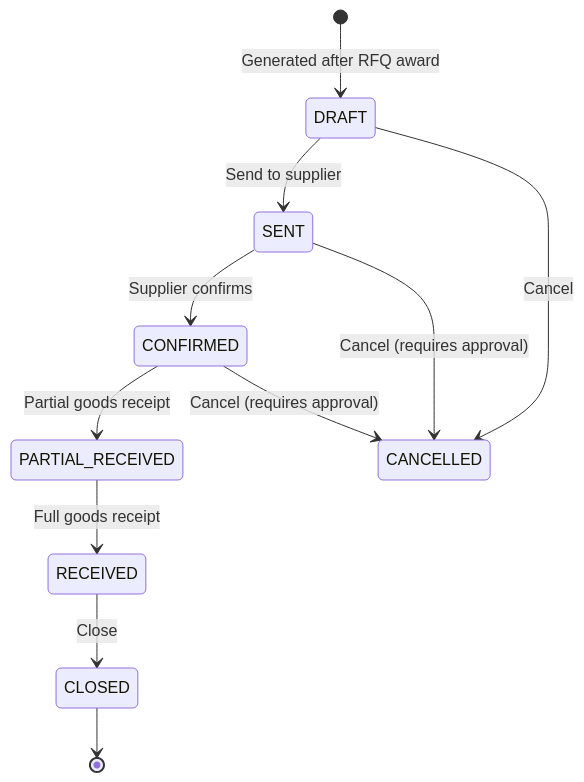
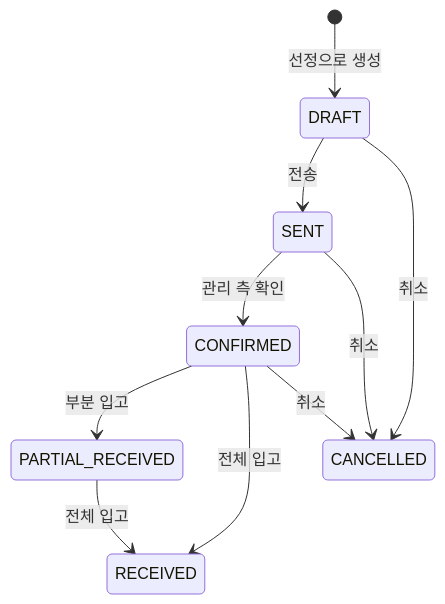
Before and after one commit to wang-baohai/Omni-Stack: the sixth of 7 diagrams in docs/design/procurement-design.kr.md, drawn with Mermaid. The commit also changed other lines of this file and 1095 other files, not shown here.

````diff
--- a/docs/design/procurement-design.kr.md
+++ b/docs/design/procurement-design.kr.md
@@ -318,13 +319,12 @@
 ```mermaid
 stateDiagram-v2
-    [*] --> DRAFT: Generated after RFQ award
-    DRAFT --> SENT: Send to supplier
-    SENT --> CONFIRMED: Supplier confirms
-    CONFIRMED --> PARTIAL_RECEIVED: Partial goods receipt
-    PARTIAL_RECEIVED --> RECEIVED: Full goods receipt
-    RECEIVED --> CLOSED: Close
-    DRAFT --> CANCELLED: Cancel
-    SENT --> CANCELLED: Cancel (requires approval)
-    CONFIRMED --> CANCELLED: Cancel (requires approval)
-    CLOSED --> [*]
+    [*] --> DRAFT: 선정으로 생성
+    DRAFT --> SENT: 전송
+    SENT --> CONFIRMED: 관리 측 확인
+    CONFIRMED --> PARTIAL_RECEIVED: 부분 입고
+    CONFIRMED --> RECEIVED: 전체 입고
+    PARTIAL_RECEIVED --> RECEIVED: 전체 입고
+    DRAFT --> CANCELLED: 취소
+    SENT --> CANCELLED: 취소
+    CONFIRMED --> CANCELLED: 취소
 ```
````
